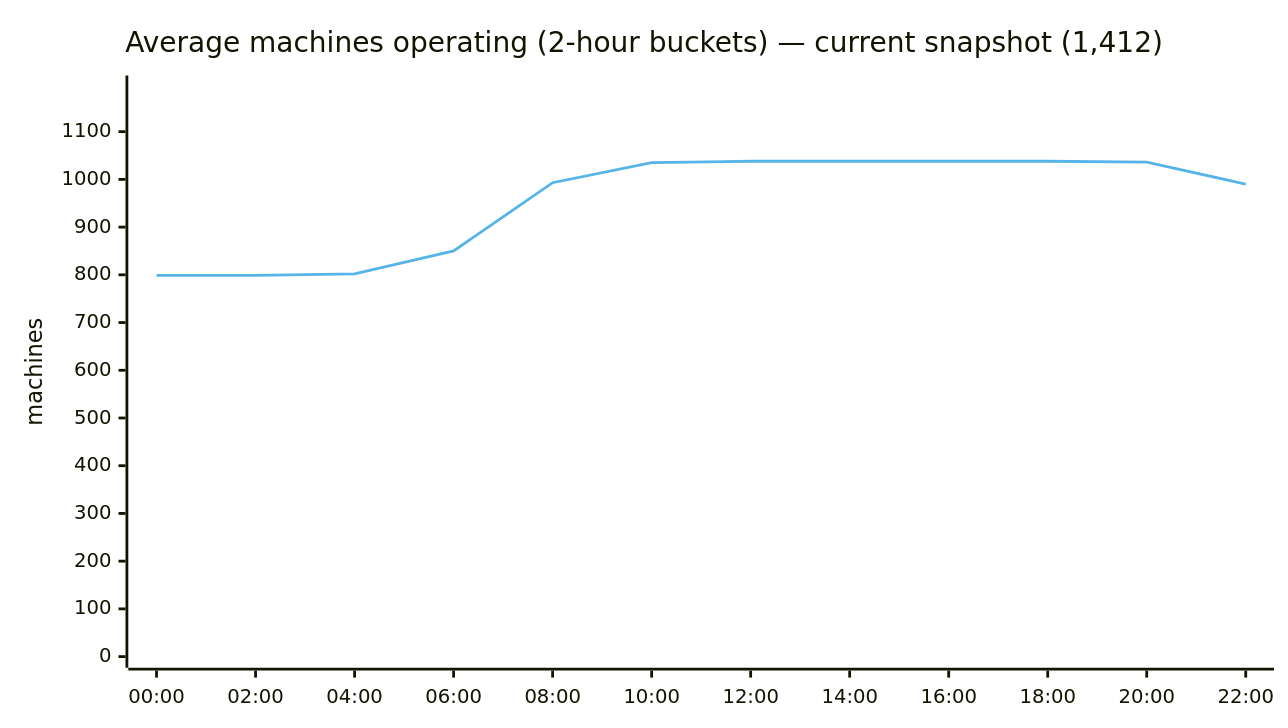
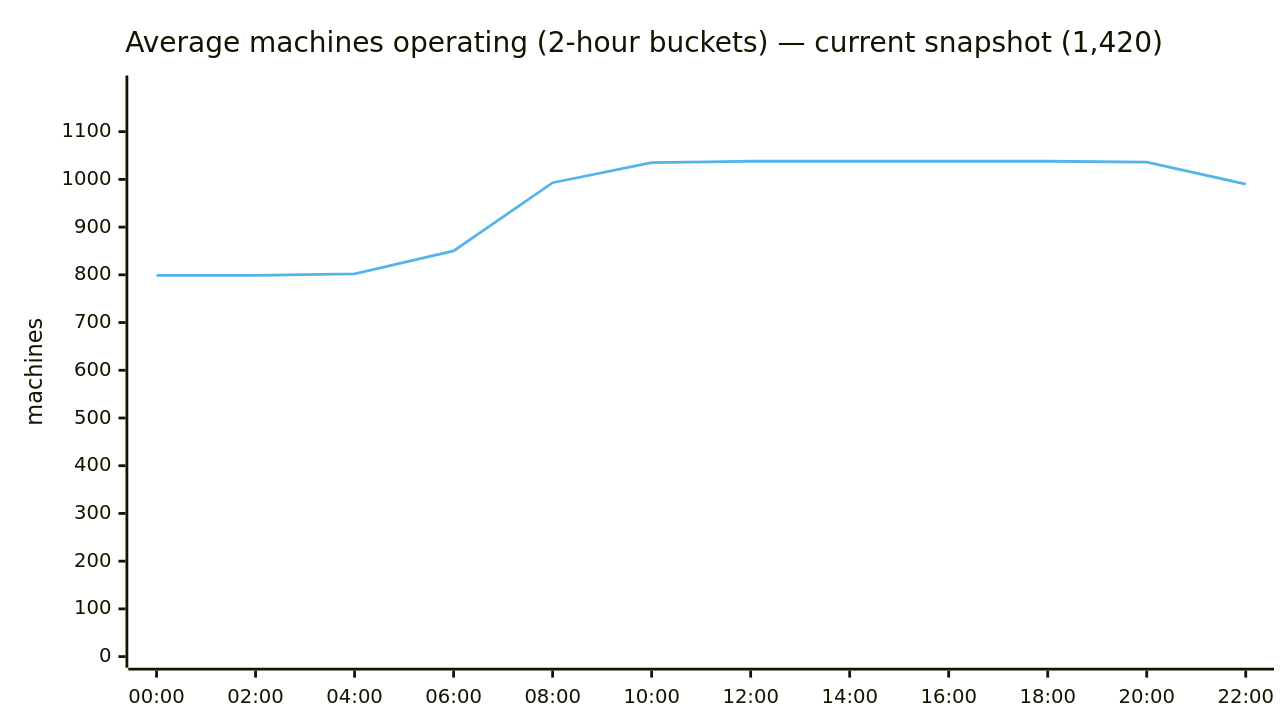
One commit to cheeaun/returnright-data changed the second of 5 diagrams in ANALYSIS.md. Above: the diagram before and after it, drawn with Mermaid. The commit also changed other lines of this file and 4 other files, not shown here.

````diff
--- a/ANALYSIS.md
+++ b/ANALYSIS.md
@@ -64,15 +66,15 @@
 ```mermaid
 ---
 config:
   themeVariables:
     xyChart:
       plotColorPalette: "#56B4E9"
   xyChart:
     width: 900
 ---
 xychart-beta
-    title "Average machines operating (2-hour buckets) — current snapshot (1,412)"
+    title "Average machines operating (2-hour buckets) — current snapshot (1,420)"
     x-axis ["00:00", "02:00", "04:00", "06:00", "08:00", "10:00", "12:00", "14:00", "16:00", "18:00", "20:00", "22:00"]
     y-axis "machines" 0 --> 1194
     line [799, 799, 802, 850, 993, 1035, 1038, 1038, 1038, 1038, 1036, 990]
 ```
````
